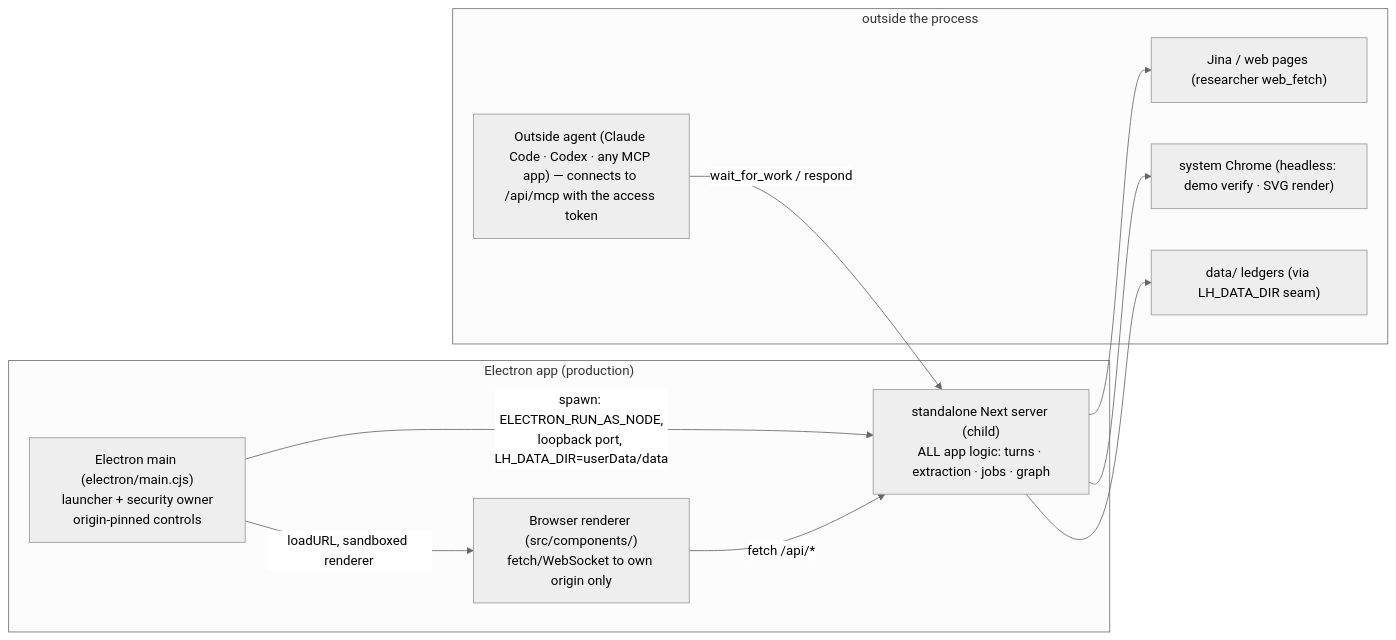
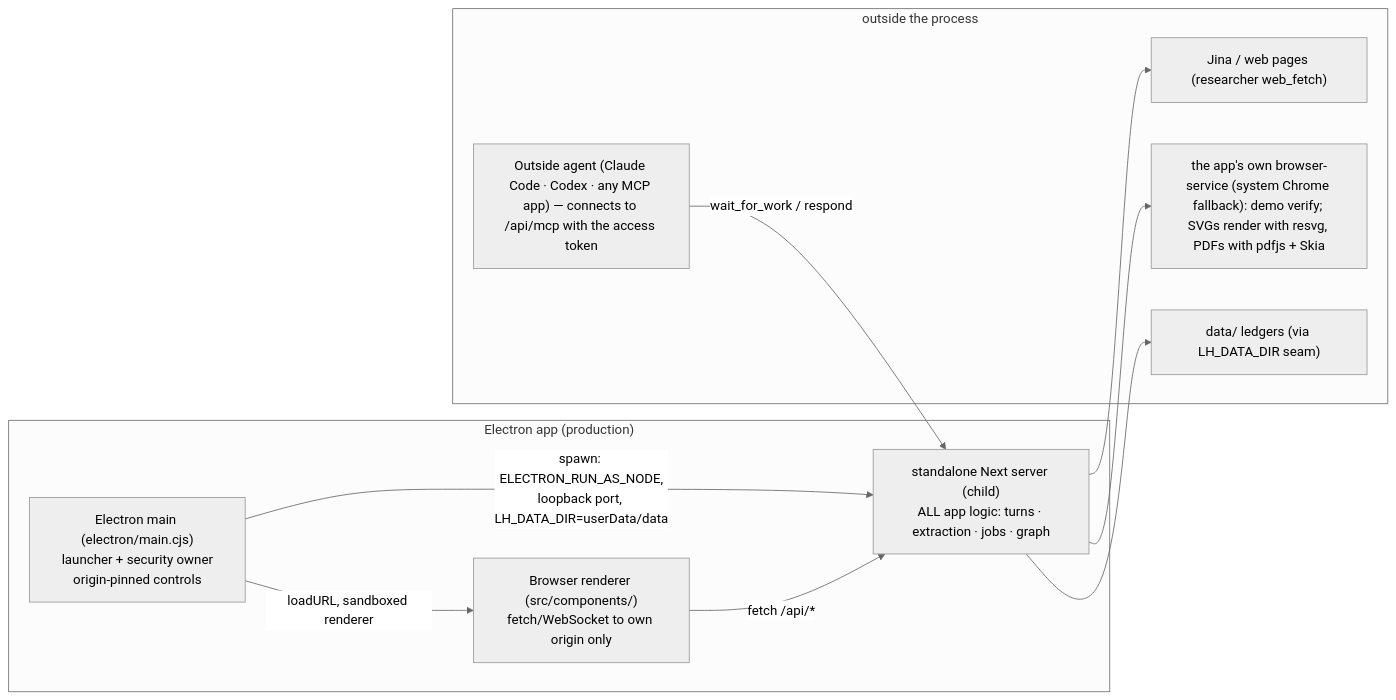
Before and after one commit to bayshores/godspeed: the seventh of 7 diagrams in docs/architecture.md, drawn with Mermaid (neutral theme). The commit also changed other lines of this file and 17 other files, not shown here.

````diff
--- a/docs/architecture.md
+++ b/docs/architecture.md
@@ -409,18 +398,18 @@
 ```mermaid
 flowchart LR
     subgraph DESKTOP["Electron app (production)"]
         MAIN["Electron main (electron/main.cjs)<br/>launcher + security owner<br/>origin-pinned controls"] -->|"spawn: ELECTRON_RUN_AS_NODE,<br/>loopback port, LH_DATA_DIR=userData/data"| NEXT["standalone Next server (child)<br/>ALL app logic: turns · extraction · jobs · graph"]
         MAIN -->|"loadURL, sandboxed renderer"| REND["Browser renderer (src/components/)<br/>fetch/WebSocket to own origin only"]
     end
     subgraph OUTSIDE["outside the process"]
         OR["Outside agent (Claude Code · Codex · any MCP app) — connects to /api/mcp with the access token"]
         GCSE["Jina / web pages (researcher web_fetch)"]
-        CHROME["system Chrome (headless: demo verify · SVG render)"]
+        CHROME["the app's own browser-service (system Chrome fallback): demo verify; SVGs render with resvg, PDFs with pdfjs + Skia"]
         DISK["data/ ledgers (via LH_DATA_DIR seam)"]
     end
     OR -->|"wait_for_work / respond"| NEXT
     NEXT --> GCSE
     NEXT --> CHROME
     NEXT --> DISK
     REND -->|"fetch /api/*"| NEXT
 ```
````
